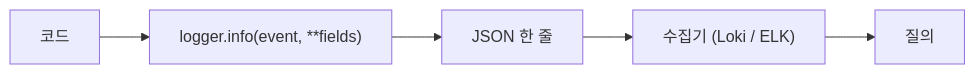
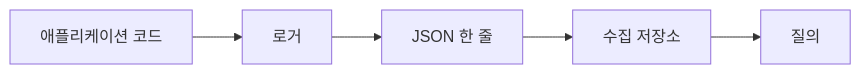
The diagram in content/observability-101/ko/04-structured-logging.md (yeongseon-books/book-content), drawn with Mermaid before and after one commit. The commit also changed other lines of this file and 9 other files, not shown here.

````diff
--- a/content/observability-101/ko/04-structured-logging.md
+++ b/content/observability-101/ko/04-structured-logging.md
@@ -55,7 +49,7 @@
 ```mermaid
 flowchart LR
-    Code["코드"] --> Logger["logger.info(event, **fields)"]
+    Code["애플리케이션 코드"] --> Logger["로거"]
     Logger --> JSON["JSON 한 줄"]
-    JSON --> Sink["수집기 (Loki / ELK)"]
+    JSON --> Sink["수집 저장소"]
     Sink --> Query["질의"]
 ```
````
